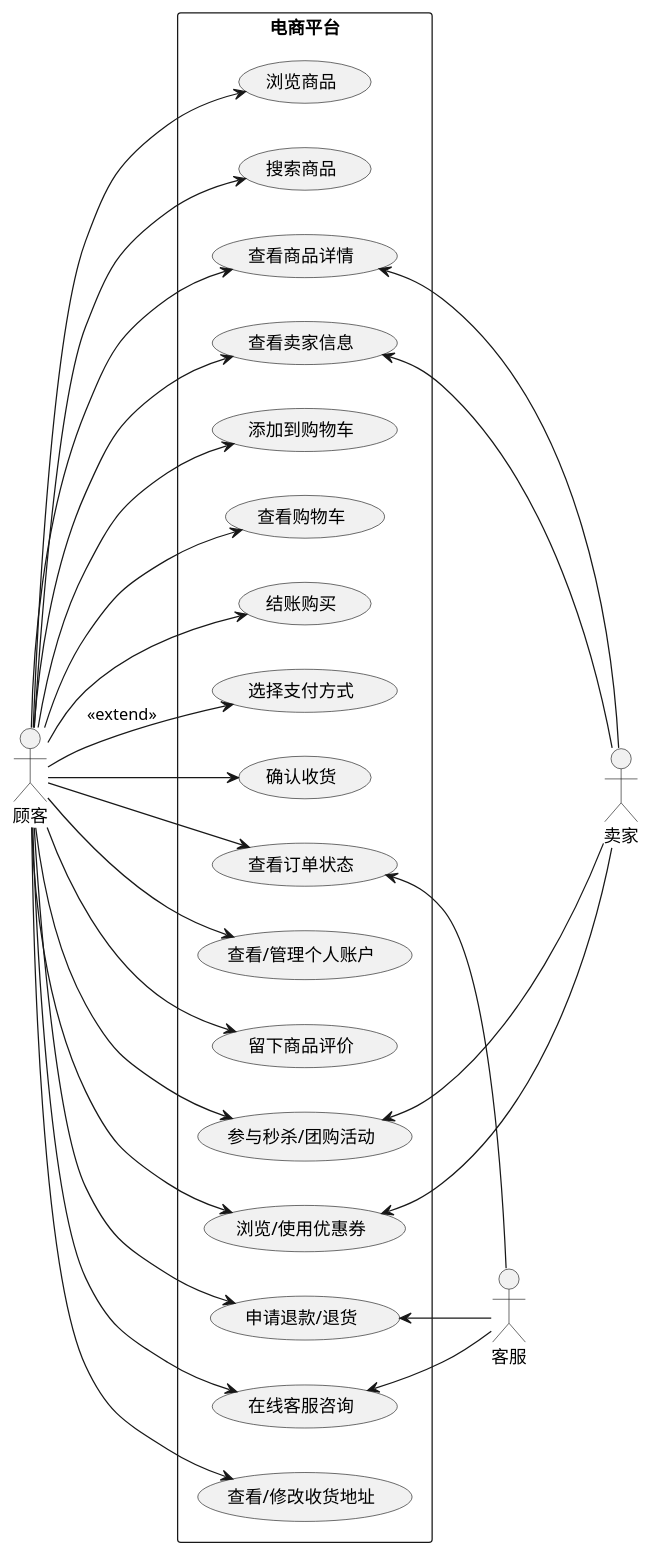
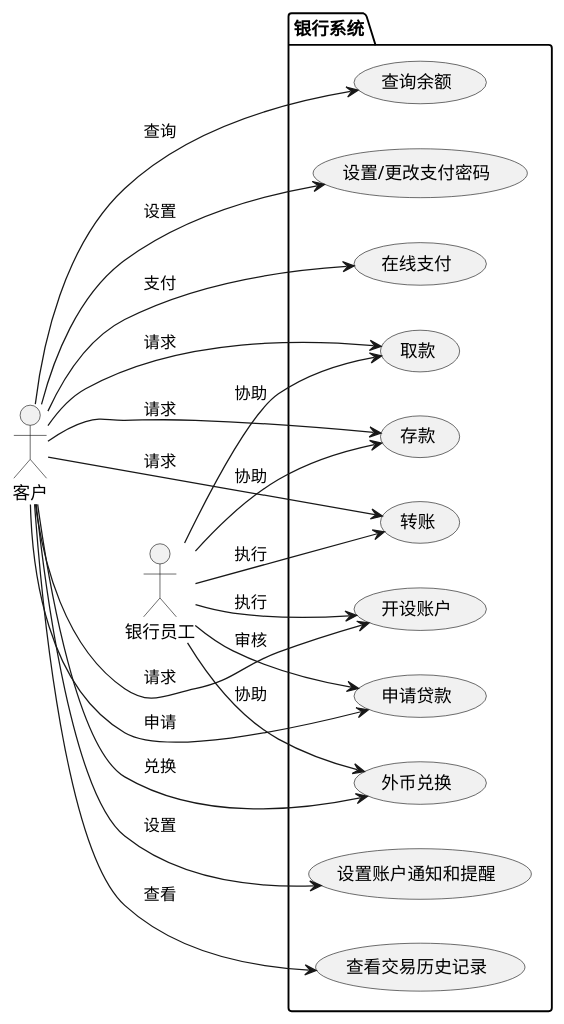
One commit to fuyipingwml/planttext changed the diagram in 业务架构-业务用例图.puml. Above: the diagram before and after it, drawn with PlantUML. The commit also changed 2 other files, not shown here.

```diff
--- a/业务架构-业务用例图.puml
+++ b/业务架构-业务用例图.puml
@@ -1,70 +1,40 @@
 @startuml
 left to right direction
-skinparam packageStyle rect
 
-package "电商平台" {
-
-    usecase "浏览商品" as UC1
-    usecase "搜索商品" as UC2
-    usecase "查看商品详情" as UC3
-    usecase "查看卖家信息" as UC4
-    usecase "添加到购物车" as UC5
-    usecase "查看购物车" as UC6
-    usecase "结账购买" as UC7
-    usecase "选择支付方式" as UC8
-    usecase "确认收货" as UC9
-    usecase "查看订单状态" as UC10
-    usecase "查看/管理个人账户" as UC11
-    usecase "留下商品评价" as UC12
-    usecase "参与秒杀/团购活动" as UC13
-    usecase "浏览/使用优惠券" as UC14
-    usecase "申请退款/退货" as UC15
-    usecase "在线客服咨询" as UC16
-    usecase "查看/修改收货地址" as UC17
-
+package "银行系统" {
+  usecase "开设账户" as UC1
+  usecase "转账" as UC2
+  usecase "存款" as UC3
+  usecase "取款" as UC4
+  usecase "查询余额" as UC5
+  usecase "申请贷款" as UC6
+  usecase "设置/更改支付密码" as UC7
+  usecase "在线支付" as UC8
+  usecase "设置账户通知和提醒" as UC9
+  usecase "查看交易历史记录" as UC10
+  usecase "外币兑换" as UC11
 }
 
-'UC7-->UC8
+actor "客户" as A1
+actor "银行员工" as A2
 
-actor "顾客" as Customer
-actor "客服" as Support
-actor "卖家" as Seller
-'actor "支付平台" as PaymentPlatform
+A1 ---> UC1 : 请求
+A1 --> UC2 : 请求
+A1 --> UC3 : 请求
+A1 --> UC4 : 请求
+A1 --> UC5 : 查询
+A1 --> UC6 : 申请
+A1 --> UC7 : 设置
+A1 --> UC8 : 支付
+A1 --> UC9 : 设置
+A1 --> UC10 : 查看
+A1 --> UC11 : 兑换
 
-Customer --> UC1
-Customer --> UC2
-Customer --> UC3
-Customer --> UC4
-Customer --> UC5
-Customer --> UC6
-Customer --> UC7
-Customer --> UC9
-Customer --> UC10
-Customer --> UC11
-Customer --> UC12
-Customer --> UC13
-Customer --> UC14
-Customer --> UC15
-Customer --> UC16
-Customer -------> UC17
-Customer --> UC8 : <<extend>>
+A2 --> UC1 : 执行
+A2 --> UC2 : 执行
+A2 --> UC3 : 协助
+A2 --> UC4 : 协助
+A2 --> UC6 : 审核
+A2 --> UC11 : 协助
 
-/'Seller -left-> UC3
-Seller -left-> UC13
-Seller -left-> UC14
-Seller -left-> UC4'/
-UC13 <--- Seller
-UC14 <--- Seller
-UC4 <--- Seller
-UC3 <--- Seller
-
-UC10 <-- Support
-UC15 <-- Support
-UC16 <-- Support
-
-/'Support --> UC10
-Support --> UC15
-Support --> UC16'/
-
-'PaymentPlatform <-- UC8
 @enduml
```
